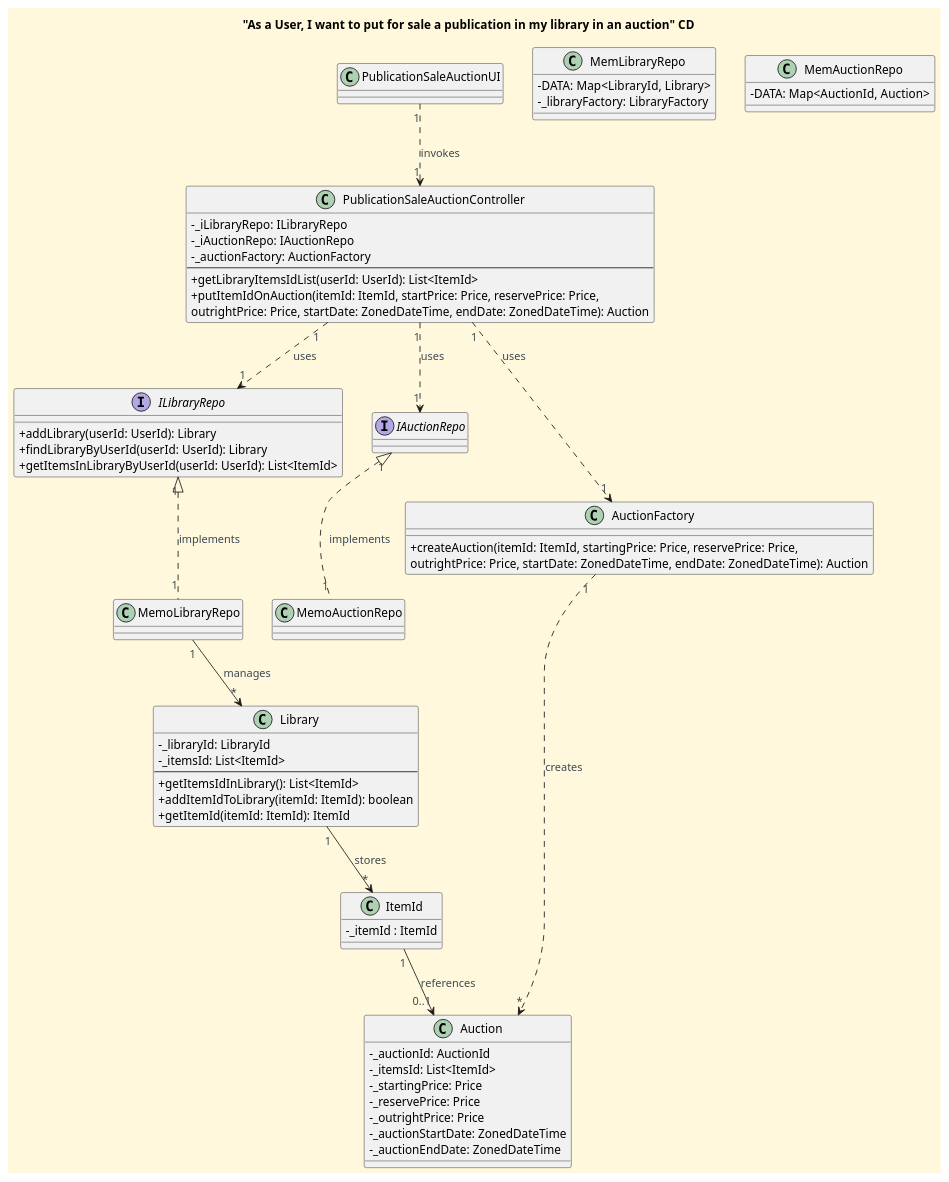
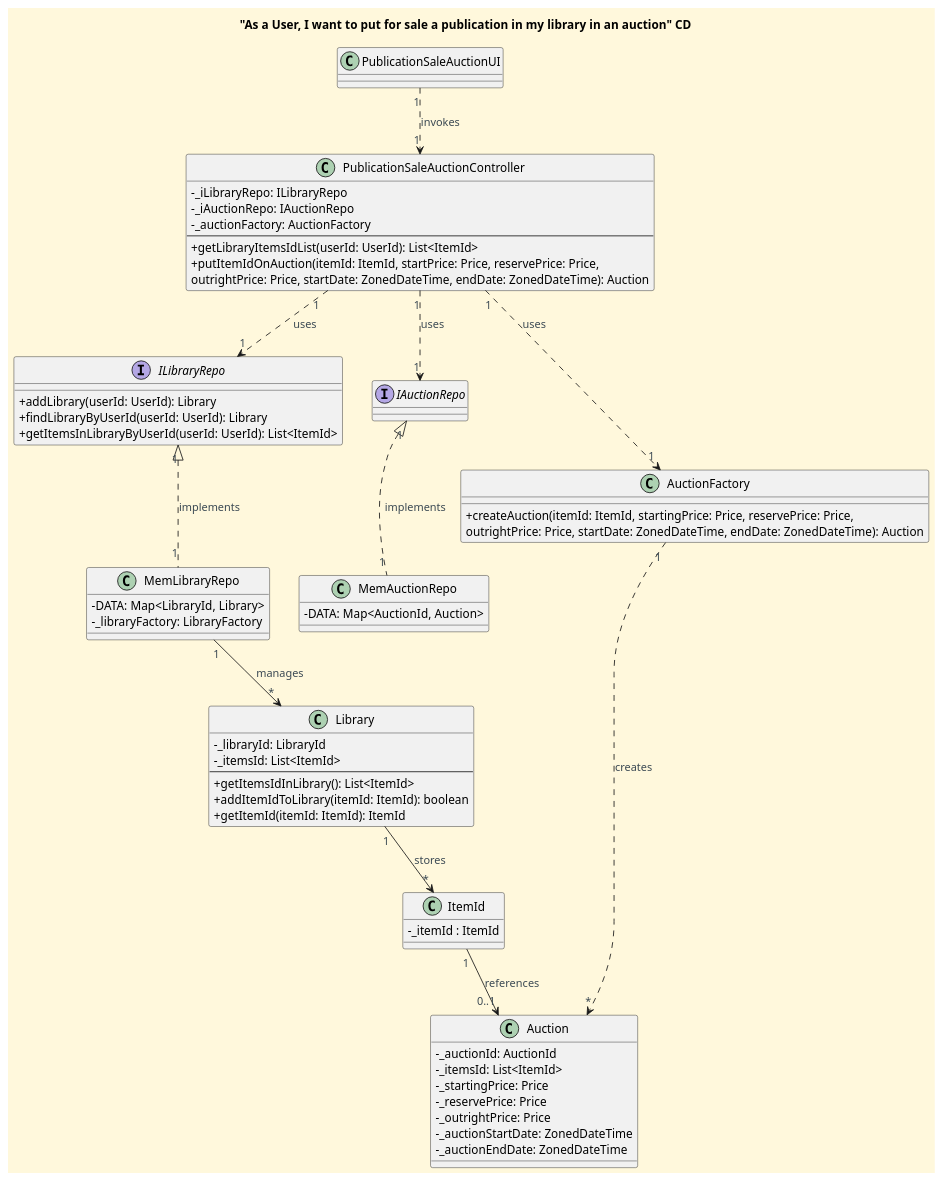
One commit to CarolinaLeite-collab/JavaMarketplacePlatform changed the diagram in docs/functionalities/user/put-for-sale-a-publication-in-my-library-for-auction/Put_For_Sale_A_Publication_In_My_Library_For_Auction_CD.puml. Above: the diagram before and after it, drawn with PlantUML.

Commit message:
docs: typo on PutForASaleAPublicationInMyLibraryForAuction CD #607

```diff
--- a/docs/functionalities/user/put-for-sale-a-publication-in-my-library-for-auction/Put_For_Sale_A_Publication_In_My_Library_For_Auction_CD.puml
+++ b/docs/functionalities/user/put-for-sale-a-publication-in-my-library-for-auction/Put_For_Sale_A_Publication_In_My_Library_For_Auction_CD.puml
@@ -1,95 +1,95 @@
 @startuml
 'https://plantuml.com/class-diagram
 title "As a User, I want to put for sale a publication in my library in an auction" CD
 
 '==== basic style ====
 skinparam monochrome false
 skinparam shadowing false
 skinparam defaultFontName Futura
 skinparam objectFontSize 20
 skinparam backgroundColor CornSilk
 skinparam objectBackgroundColor WhiteSmoke
 skinparam noteBackgroundColor #FFFFE0
 skinparam ArrowFontColor #3B4953
 skinparam ActivationBackgroundColor black
 skinparam classAttributeIconSize 0
 
 '=== Classes ===
 class PublicationSaleAuctionUI {
 }
 
 class PublicationSaleAuctionController {
   - _iLibraryRepo: ILibraryRepo
   - _iAuctionRepo: IAuctionRepo
   - _auctionFactory: AuctionFactory
   --
   + getLibraryItemsIdList(userId: UserId): List<ItemId>
   + putItemIdOnAuction(itemId: ItemId, startPrice: Price, reservePrice: Price,
     outrightPrice: Price, startDate: ZonedDateTime, endDate: ZonedDateTime): Auction
 }
 
 interface ILibraryRepo {
   + addLibrary(userId: UserId): Library
   + findLibraryByUserId(userId: UserId): Library
   + getItemsInLibraryByUserId(userId: UserId): List<ItemId>
 }
 
 class MemLibraryRepo {
   - DATA: Map<LibraryId, Library>
   - _libraryFactory: LibraryFactory
 }
 
 class Library {
   - _libraryId: LibraryId
   - _itemsId: List<ItemId>
   --
   + getItemsIdInLibrary(): List<ItemId>
   + addItemIdToLibrary(itemId: ItemId): boolean
   + getItemId(itemId: ItemId): ItemId
 }
 
 class ItemId {
   - _itemId : ItemId
 }
 
 interface IAuctionRepo {
 
 }
 
 class MemAuctionRepo {
   - DATA: Map<AuctionId, Auction>
 }
 
 class AuctionFactory {
   + createAuction(itemId: ItemId, startingPrice: Price, reservePrice: Price,
     outrightPrice: Price, startDate: ZonedDateTime, endDate: ZonedDateTime): Auction
 }
 
 class Auction {
   - _auctionId: AuctionId
   - _itemsId: List<ItemId>
   - _startingPrice: Price
   - _reservePrice: Price
   - _outrightPrice: Price
   - _auctionStartDate: ZonedDateTime
   - _auctionEndDate: ZonedDateTime
 }
 
 '=== Relationships ===
 PublicationSaleAuctionUI "1" ..> "1" PublicationSaleAuctionController : invokes
 
 PublicationSaleAuctionController "1" ..> "1" ILibraryRepo : uses
 PublicationSaleAuctionController "1" ..> "1" IAuctionRepo : uses
 PublicationSaleAuctionController "1" ..> "1" AuctionFactory : uses
 
-ILibraryRepo "1" <|.. "1" MemoLibraryRepo : implements
-IAuctionRepo "1" <|.. "1" MemoAuctionRepo : implements
+ILibraryRepo "1" <|.. "1" MemLibraryRepo : implements
+IAuctionRepo "1" <|.. "1" MemAuctionRepo : implements
 
-MemoLibraryRepo "1" --> "*" Library : manages
+MemLibraryRepo "1" --> "*" Library : manages
 Library "1" --> "*" ItemId : stores
 
 ItemId "1" --> "0..1" Auction : references
 
 AuctionFactory "1" ..> "*" Auction : creates
 
 @enduml
```
